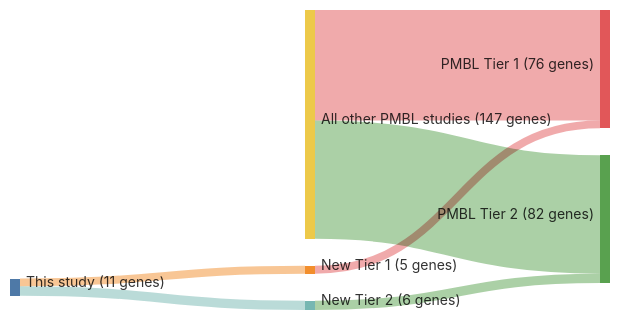
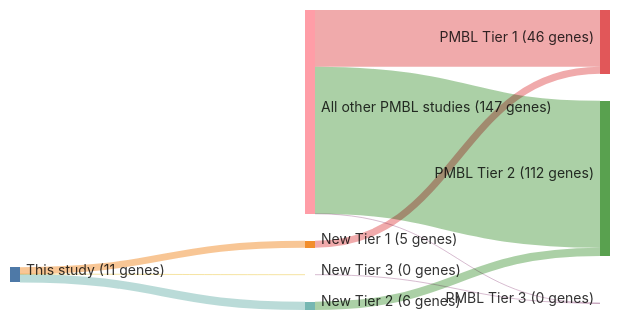
Before and after one commit to morinlab/lymphopedia: the diagram in papers/sarkozyMutationalLandscapeGray2021.md, drawn with Mermaid. The commit also changed other lines of this file and 81 other files, not shown here.

````diff
--- a/papers/sarkozyMutationalLandscapeGray2021.md
+++ b/papers/sarkozyMutationalLandscapeGray2021.md
@@ -12,20 +12,23 @@
 ```mermaid
 ---
 config:
     sankey:
         showValues: true
         linkColor: target
         width: 600
         height: 300
         nodeAlignment: right
         prefix: '('
         suffix: ' genes)'
 ---
 sankey-beta
 This study, New Tier 1, 5
 New Tier 1, PMBL Tier 1, 5
 This study, New Tier 2, 6
 New Tier 2, PMBL Tier 2, 6
-All other PMBL studies, PMBL Tier 1, 71
-All other PMBL studies, PMBL Tier 2, 76
+This study, New Tier 3, 0
+New Tier 3, PMBL Tier 3, 0
+All other PMBL studies, PMBL Tier 1, 41
+All other PMBL studies, PMBL Tier 2, 106
+All other PMBL studies, PMBL Tier 3, 0
 ```
````
